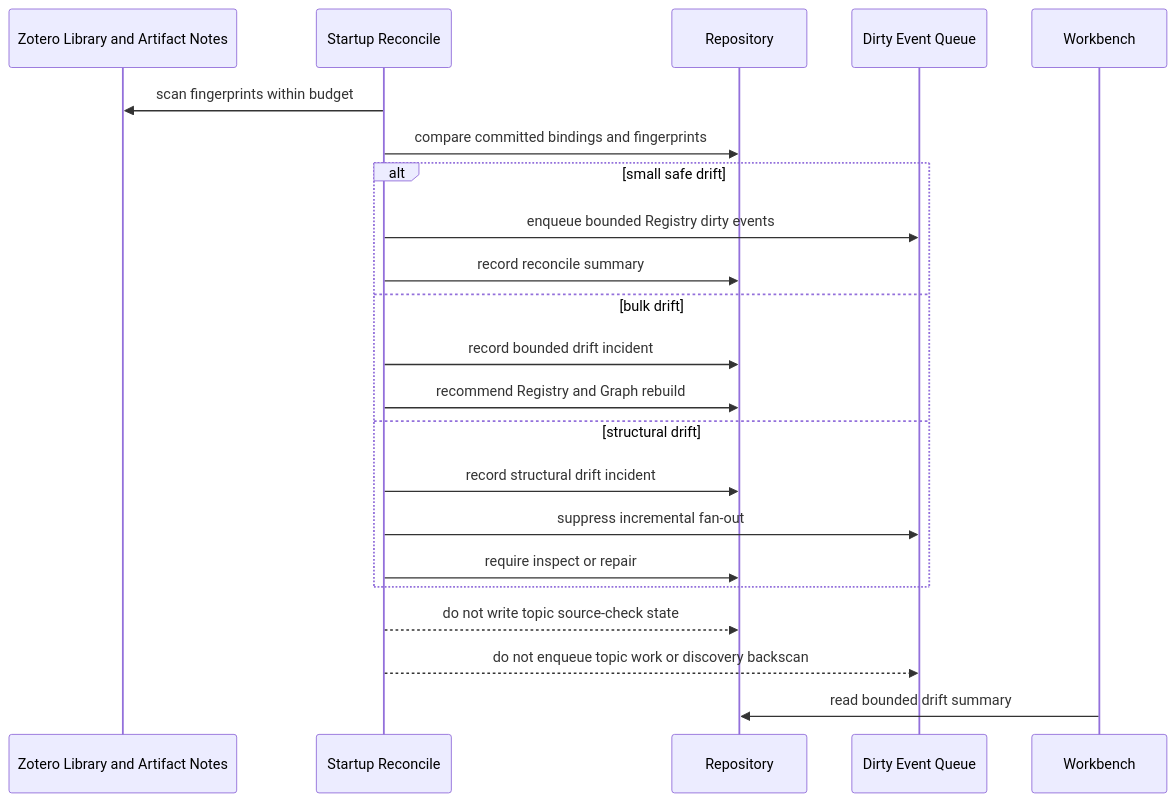
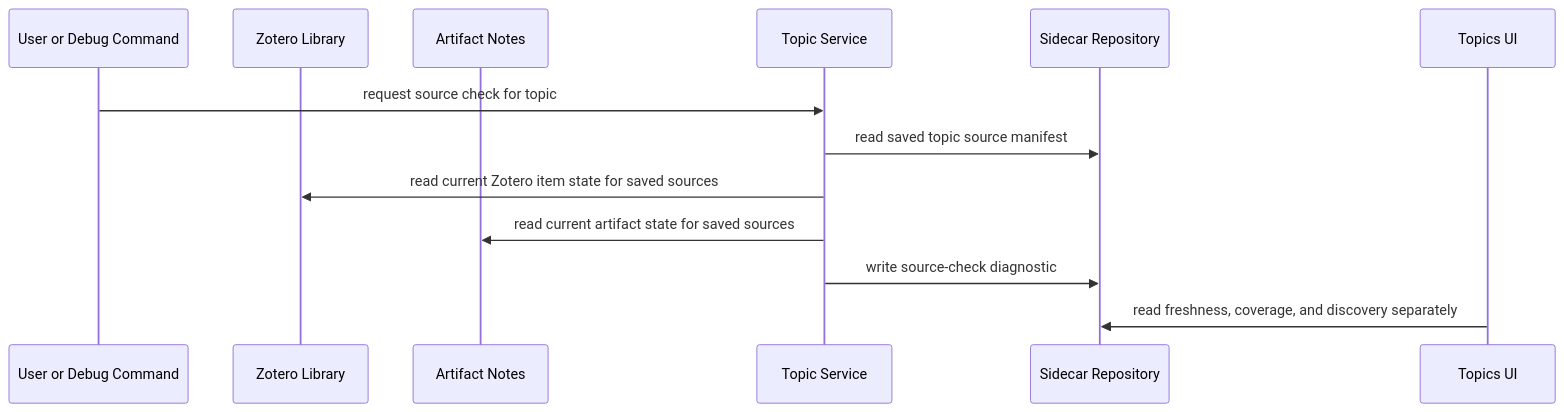
The third of 8 diagrams in doc/synthesis-layer/sequences.md (leike0813/zotero-agents), drawn with Mermaid before and after one commit. The commit also changed other lines of this file and 267 other files, not shown here.

````diff
--- a/doc/synthesis-layer/sequences.md
+++ b/doc/synthesis-layer/sequences.md
@@ -109,25 +84,16 @@
 ```mermaid
 sequenceDiagram
-  participant Z as Zotero Library and Artifact Notes
-  participant S as Startup Reconcile
-  participant R as Repository
-  participant Q as Dirty Event Queue
-  participant UI as Workbench
+  participant U as User or Debug Command
+  participant Z as Zotero Library
+  participant A as Artifact Notes
+  participant T as Topic Service
+  participant S as Sidecar Repository
+  participant UI as Topics UI
 
-  S->>Z: scan fingerprints within budget
-  S->>R: compare committed bindings and fingerprints
-  alt small safe drift
-    S->>Q: enqueue bounded Registry dirty events
-    S->>R: record reconcile summary
-  else bulk drift
-    S->>R: record bounded drift incident
-    S->>R: recommend Registry and Graph rebuild
-  else structural drift
-    S->>R: record structural drift incident
-    S->>Q: suppress incremental fan-out
-    S->>R: require inspect or repair
-  end
-  S-->>R: do not write topic source-check state
-  S-->>Q: do not enqueue topic work or discovery backscan
-  UI->>R: read bounded drift summary
+  U->>T: request source check for topic
+  T->>S: read saved topic source manifest
+  T->>Z: read current Zotero item state for saved sources
+  T->>A: read current artifact state for saved sources
+  T->>S: write source-check diagnostic
+  UI->>S: read freshness, coverage, and discovery separately
 ```
````
